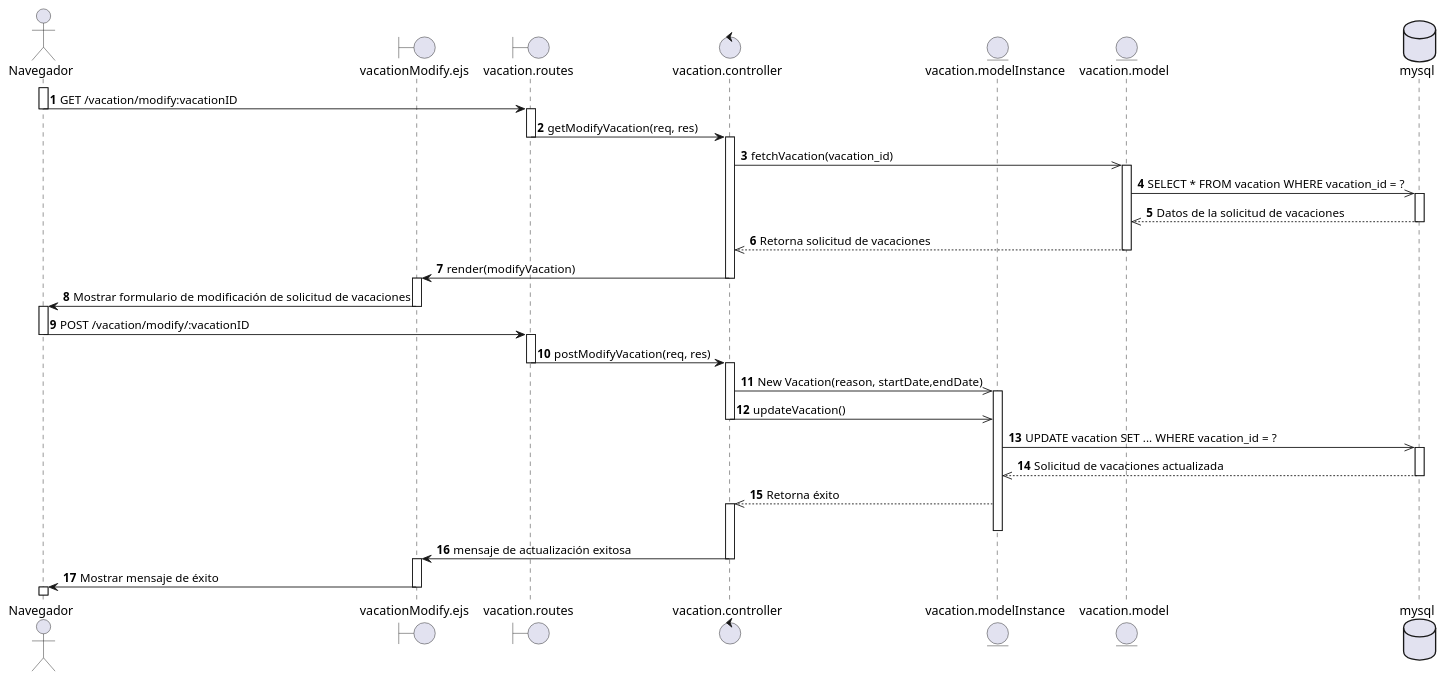
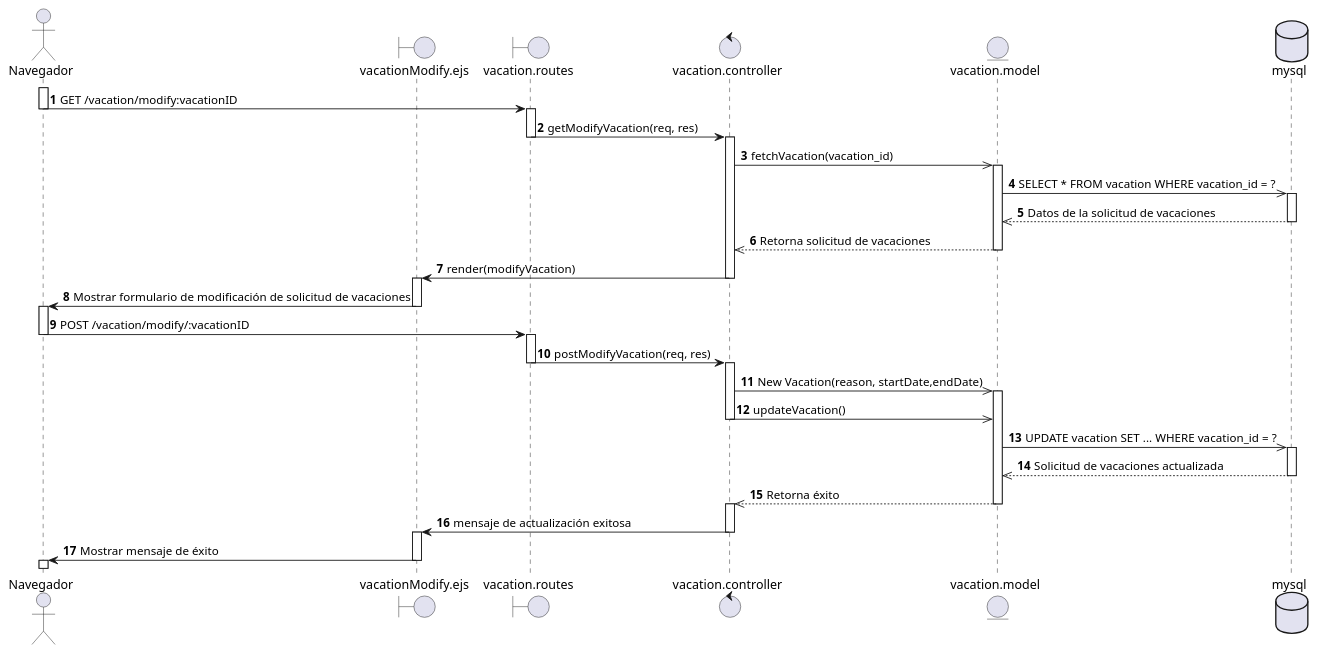
The diagram in diagrams/Casos de Uso/manu req fun/diagramas de secuencia/colaborador modifica soli vac.puml (EdCanCe/WorkCells), drawn with PlantUML before and after one commit.

Commit message:
diagrama de col modifica sol vac actualizado

```diff
--- a/diagrams/Casos de Uso/manu req fun/diagramas de secuencia/colaborador modifica soli vac.puml
+++ b/diagrams/Casos de Uso/manu req fun/diagramas de secuencia/colaborador modifica soli vac.puml
@@ -1,73 +1,73 @@
 @startuml
 actor Navegador
 boundary vacationModify.ejs
 boundary vacation.routes
 control vacation.controller
-entity vacation.modelInstance
 entity vacation.model
 database mysql
 
 autonumber
 ' Inicio del flujo
 activate Navegador
 Navegador -> vacation.routes : GET /vacation/modify:vacationID
 deactivate Navegador
 activate vacation.routes
 
 vacation.routes -> vacation.controller : getModifyVacation(req, res)
 deactivate vacation.routes
 activate vacation.controller
 
 vacation.controller ->> vacation.model : fetchVacation(vacation_id)
 activate vacation.model
 
 vacation.model ->> mysql : SELECT * FROM vacation WHERE vacation_id = ?
 activate mysql
 mysql -->> vacation.model : Datos de la solicitud de vacaciones
 deactivate mysql
 
 vacation.model -->> vacation.controller : Retorna solicitud de vacaciones
 deactivate vacation.model
 
 vacation.controller -> vacationModify.ejs : render(modifyVacation)
 deactivate vacation.controller
 activate vacationModify.ejs
 vacationModify.ejs -> Navegador : Mostrar formulario de modificación de solicitud de vacaciones
 deactivate vacationModify.ejs
 activate Navegador
 
 
 
 ' Navegador modifica la solicitud de vacaciones
 Navegador -> vacation.routes : POST /vacation/modify/:vacationID
 deactivate Navegador
 activate vacation.routes
 
 vacation.routes -> vacation.controller : postModifyVacation(req, res)
 deactivate vacation.routes
 activate vacation.controller
 
 
-vacation.controller ->> vacation.modelInstance : New Vacation(reason, startDate,endDate)
-activate vacation.modelInstance
-vacation.controller ->> vacation.modelInstance : updateVacation()
+vacation.controller ->> vacation.model : New Vacation(reason, startDate,endDate)
+activate vacation.model
+vacation.controller ->> vacation.model : updateVacation()
 deactivate vacation.controller
 
-vacation.modelInstance ->> mysql : UPDATE vacation SET ... WHERE vacation_id = ?
+vacation.model ->> mysql : UPDATE vacation SET ... WHERE vacation_id = ?
 activate mysql
-mysql -->> vacation.modelInstance : Solicitud de vacaciones actualizada
+mysql -->> vacation.model : Solicitud de vacaciones actualizada
 deactivate mysql
 
-vacation.modelInstance -->> vacation.controller : Retorna éxito
+vacation.model -->> vacation.controller : Retorna éxito
+deactivate vacation.model
 activate vacation.controller
-deactivate vacation.modelInstance
+
 
 vacation.controller -> vacationModify.ejs : mensaje de actualización exitosa
 deactivate vacation.controller
 activate vacationModify.ejs
 vacationModify.ejs -> Navegador : Mostrar mensaje de éxito
 deactivate vacationModify.ejs
 activate Navegador
 deactivate Navegador
 
 @enduml
```
